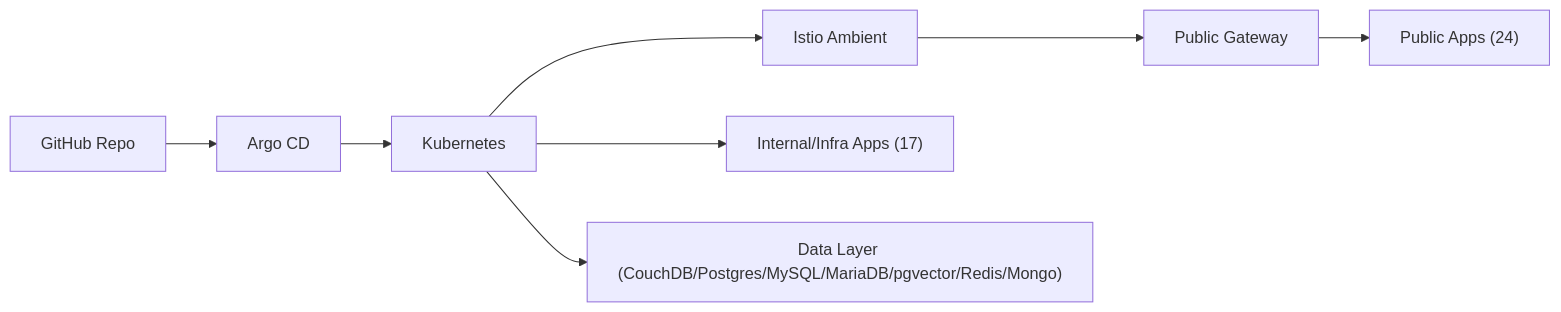
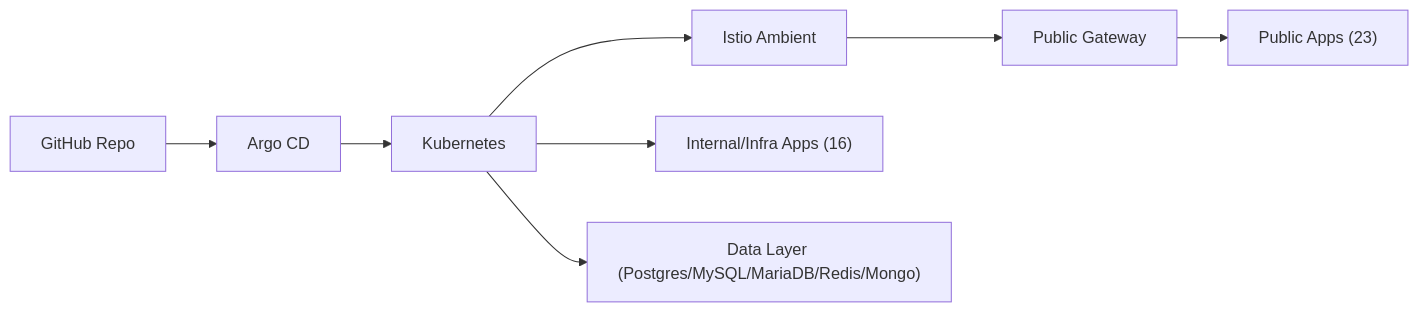
Before and after one commit to noeulnight/homelab: the diagram in README.md, drawn with Mermaid. The commit also changed other lines of this file and 15 other files, not shown here.

````diff
--- a/README.md
+++ b/README.md
@@ -15,10 +15,10 @@
 ```mermaid
 flowchart LR
   GitHub["GitHub Repo"] --> Argo["Argo CD"]
   Argo --> K8s["Kubernetes"]
   K8s --> Istio["Istio Ambient"]
   Istio --> Gateway["Public Gateway"]
-  Gateway --> PublicApps["Public Apps (24)"]
-  K8s --> InternalApps["Internal/Infra Apps (17)"]
-  K8s --> Data["Data Layer (CouchDB/Postgres/MySQL/MariaDB/pgvector/Redis/Mongo)"]
+  Gateway --> PublicApps["Public Apps (23)"]
+  K8s --> InternalApps["Internal/Infra Apps (16)"]
+  K8s --> Data["Data Layer (Postgres/MySQL/MariaDB/Redis/Mongo)"]
 ```
````
